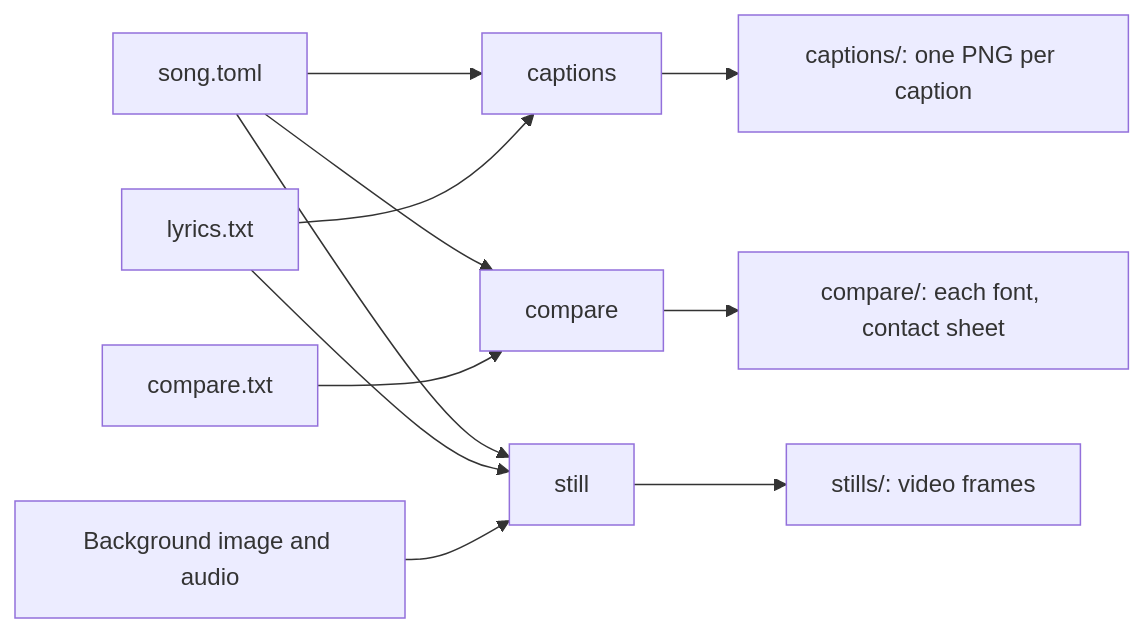
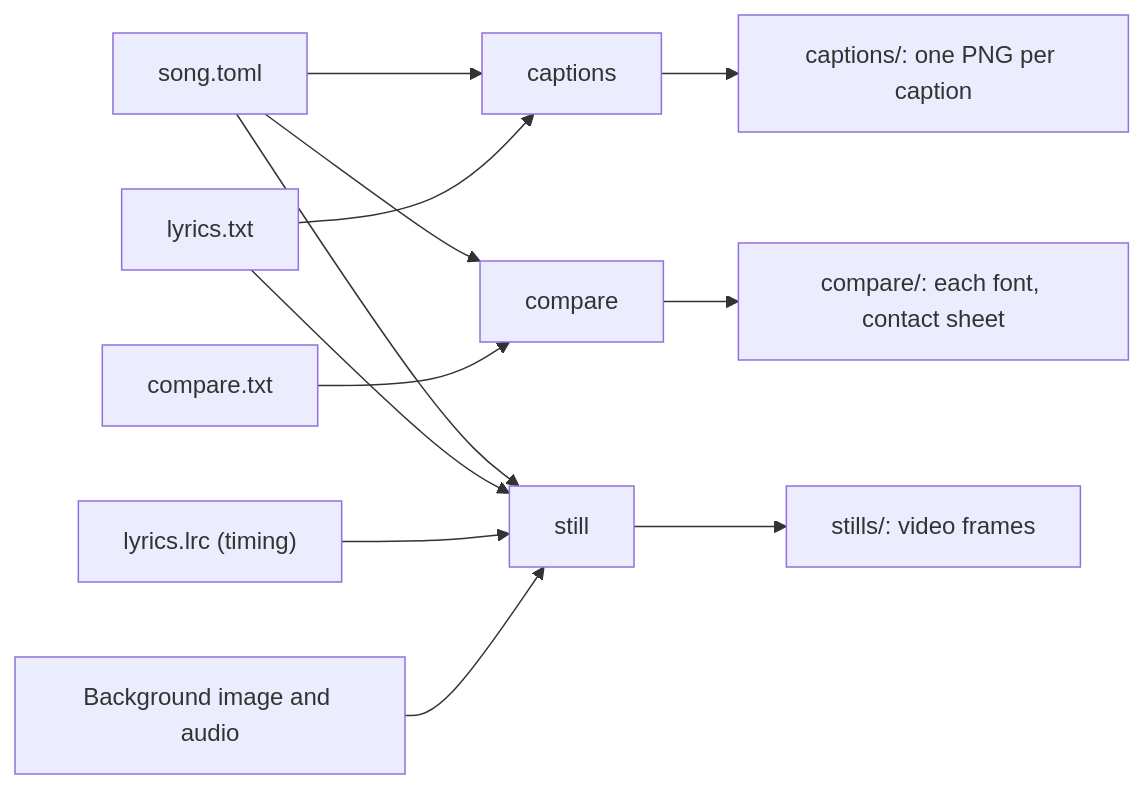
The diagram in docs/en/USER_GUIDE.md (musica-sanare/lyrics-video-app), drawn with Mermaid before and after one commit. The commit also changed other lines of this file and 16 other files, not shown here.

````diff
--- a/docs/en/USER_GUIDE.md
+++ b/docs/en/USER_GUIDE.md
@@ -10,20 +10,22 @@
 ```mermaid
 flowchart LR
   song["song.toml"]
   lyrics["lyrics.txt"]
+  timing["lyrics.lrc (timing)"]
   comparetxt["compare.txt"]
   media["Background image and audio"]
   captions["captions"]
   compare["compare"]
   still["still"]
   outCaptions["captions/: one PNG per caption"]
   outCompare["compare/: each font, contact sheet"]
   outStills["stills/: video frames"]
   song --> captions & compare & still
   lyrics --> captions & still
+  timing --> still
   comparetxt --> compare
   media --> still
   captions --> outCaptions
   compare --> outCompare
   still --> outStills
 ```
````
